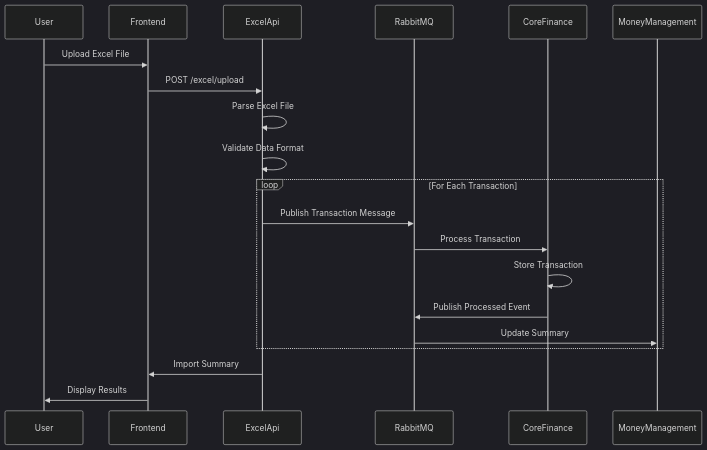
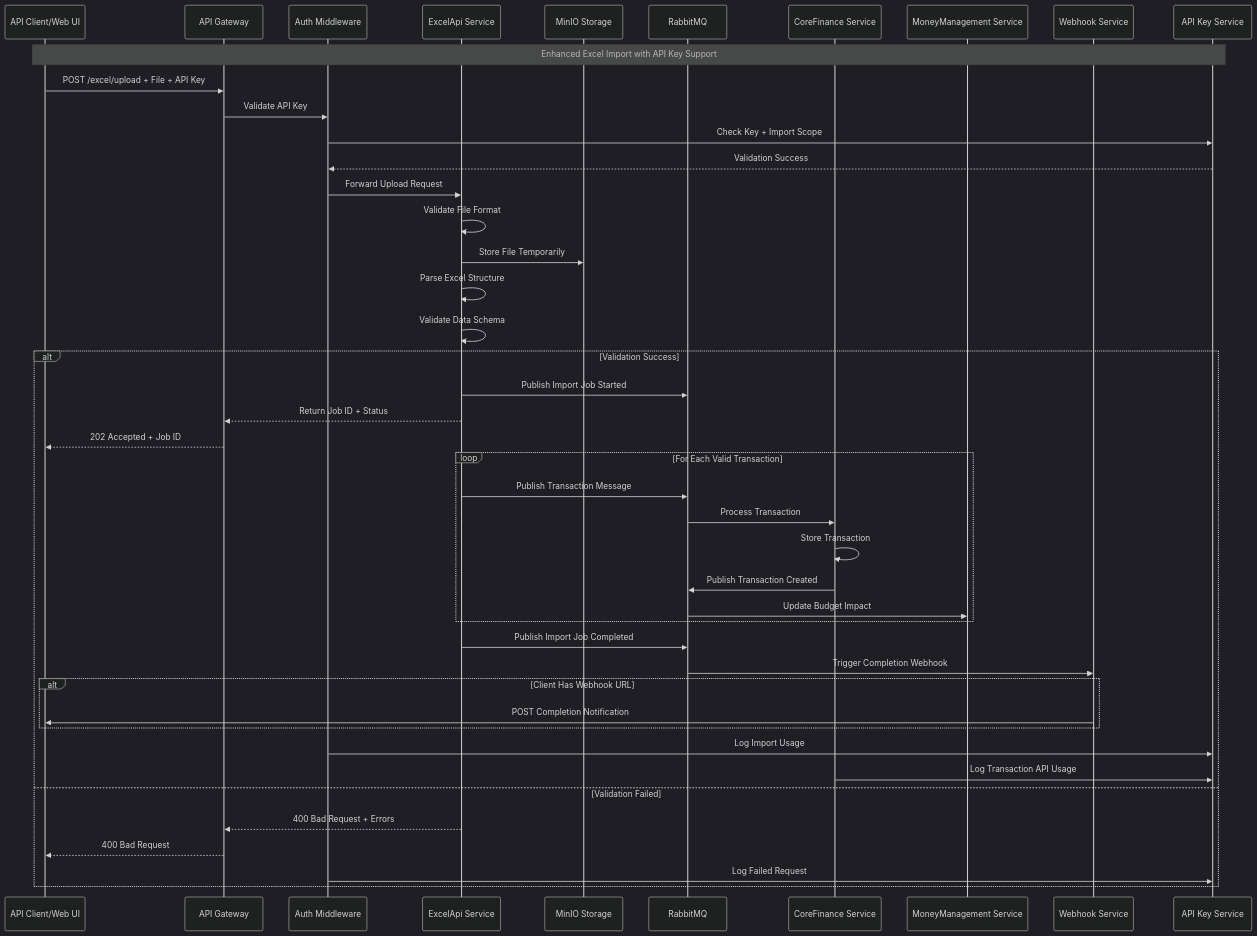
The sixth of 10 diagrams in design-docs/03-architecture/diagrams/flowcharts-v4.md (vinhltt/3_tihomo), drawn with Mermaid (dark theme) before and after one commit. The commit also changed other lines of this file and 12 other files, not shown here.

First line of the commit message:
feat(api): Update design Enhanced API Key Management system

````diff
--- a/design-docs/03-architecture/diagrams/flowcharts-v4.md
+++ b/design-docs/03-architecture/diagrams/flowcharts-v4.md
@@ -127,25 +330,56 @@
 ```mermaid
 sequenceDiagram
-    participant U as User
-    participant FE as Frontend
-    participant EA as ExcelApi
+    participant Client as API Client/Web UI
+    participant Gateway as API Gateway
+    participant AuthMW as Auth Middleware
+    participant EA as ExcelApi Service
+    participant Storage as MinIO Storage
     participant MQ as RabbitMQ
-    participant CF as CoreFinance
-    participant MM as MoneyManagement
+    participant CF as CoreFinance Service
+    participant MM as MoneyManagement Service
+    participant Webhook as Webhook Service
+    participant ApiKey as API Key Service
     
-    U->>FE: Upload Excel File
-    FE->>EA: POST /excel/upload
-    EA->>EA: Parse Excel File
-    EA->>EA: Validate Data Format
+    Note over Client,ApiKey: Enhanced Excel Import with API Key Support
     
-    loop For Each Transaction
-        EA->>MQ: Publish Transaction Message
-        MQ->>CF: Process Transaction
-        CF->>CF: Store Transaction
-        CF->>MQ: Publish Processed Event
-        MQ->>MM: Update Summary
+    Client->>Gateway: POST /excel/upload + File + API Key
+    Gateway->>AuthMW: Validate API Key
+    AuthMW->>ApiKey: Check Key + Import Scope
+    ApiKey-->>AuthMW: Validation Success
+    AuthMW->>EA: Forward Upload Request
+    
+    EA->>EA: Validate File Format
+    EA->>Storage: Store File Temporarily
+    EA->>EA: Parse Excel Structure
+    EA->>EA: Validate Data Schema
+    
+    alt Validation Success
+        EA->>MQ: Publish Import Job Started
+        EA-->>Gateway: Return Job ID + Status
+        Gateway-->>Client: 202 Accepted + Job ID
+        
+        loop For Each Valid Transaction
+            EA->>MQ: Publish Transaction Message
+            MQ->>CF: Process Transaction
+            CF->>CF: Store Transaction
+            CF->>MQ: Publish Transaction Created
+            MQ->>MM: Update Budget Impact
+        end
+        
+        EA->>MQ: Publish Import Job Completed
+        MQ->>Webhook: Trigger Completion Webhook
+        
+        alt Client Has Webhook URL
+            Webhook->>Client: POST Completion Notification
+        end
+        
+        %% API Key Usage Logging
+        AuthMW->>ApiKey: Log Import Usage
+        CF->>ApiKey: Log Transaction API Usage
+        
+    else Validation Failed
+        EA-->>Gateway: 400 Bad Request + Errors
+        Gateway-->>Client: 400 Bad Request
+        AuthMW->>ApiKey: Log Failed Request
     end
-    
-    EA->>FE: Import Summary
-    FE->>U: Display Results
 ```
````
